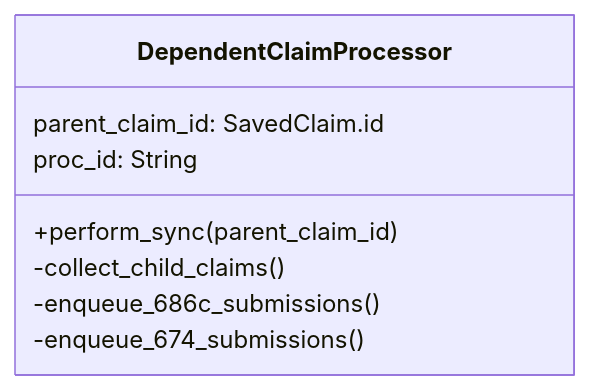
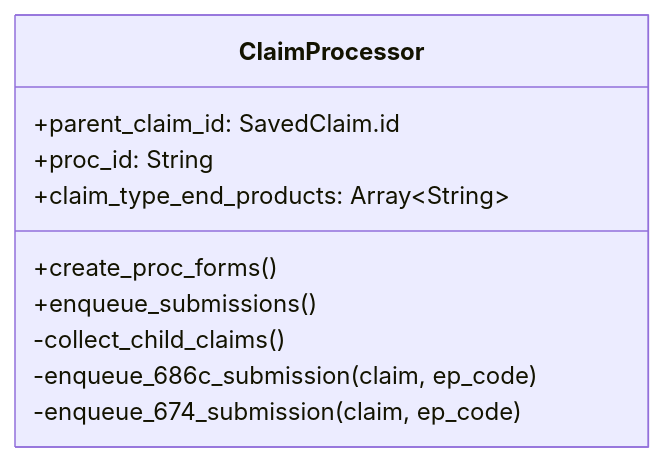
The third of 4 diagrams in modules/dependents_benefits/documentation/data_flow_diagrams/class_diagrams.md (department-of-veterans-affairs/vets-api), drawn with Mermaid before and after one commit. The commit also changed other lines of this file and 7 other files, not shown here.

````diff
--- a/modules/dependents_benefits/documentation/data_flow_diagrams/class_diagrams.md
+++ b/modules/dependents_benefits/documentation/data_flow_diagrams/class_diagrams.md
@@ -44,11 +42,13 @@
 ```mermaid
 classDiagram
-    class DependentClaimProcessor {
-        parent_claim_id: SavedClaim.id
-        proc_id: String
-        +perform_sync(parent_claim_id)
+    class ClaimProcessor {
+        +parent_claim_id: SavedClaim.id
+        +proc_id: String
+        +claim_type_end_products: Array~String~
+        +create_proc_forms()
+        +enqueue_submissions()
         -collect_child_claims()
-        -enqueue_686c_submissions()
-        -enqueue_674_submissions()
+        -enqueue_686c_submission(claim, ep_code)
+        -enqueue_674_submission(claim, ep_code)
     }
 ```
````
